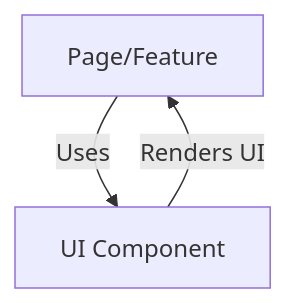
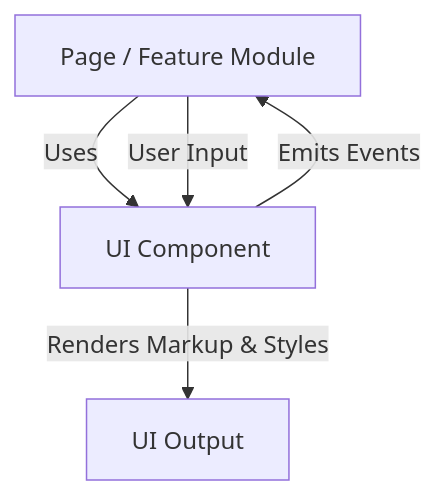
One commit to HackyCoder0951/focus-hub-design-899f45ae changed the first of 2 diagrams in modules_documentation/Components.md. Above: the diagram before and after it, drawn with Mermaid. The commit also changed other lines of this file and 6 other files, not shown here.

First line of the commit message:
Enhance API and Chat documentation with updated diagrams and database design

````diff
--- a/modules_documentation/Components.md
+++ b/modules_documentation/Components.md
@@ -7,5 +7,7 @@
 ```mermaid
 flowchart TD
-    A[Page/Feature] -->|Uses| B[UI Component]
-    B -->|Renders UI| A
+    Page[Page / Feature Module] -->|Uses| Component[UI Component]
+    Component -->|Renders Markup & Styles| DOM[UI Output]
+    Page -->|User Input| Component
+    Component -->|Emits Events| Page
 ```
````
